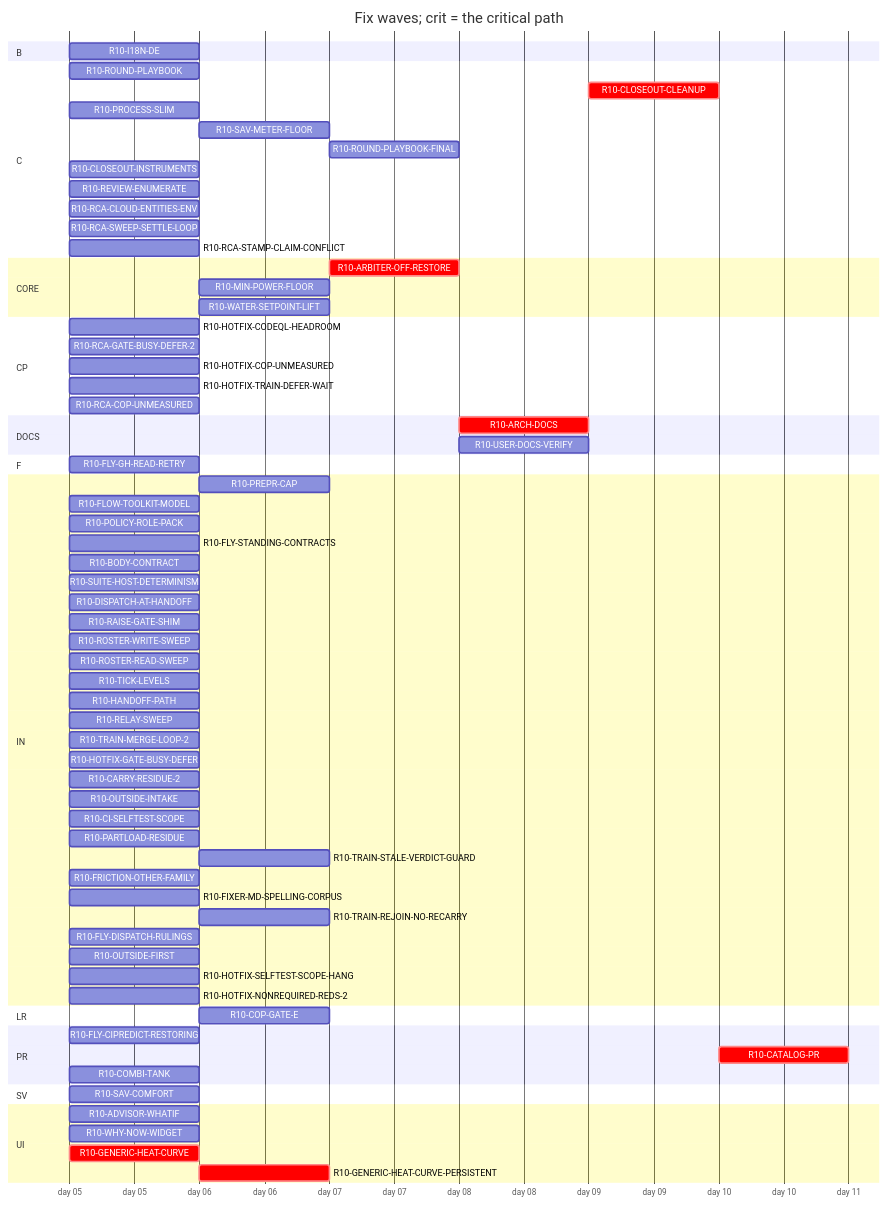
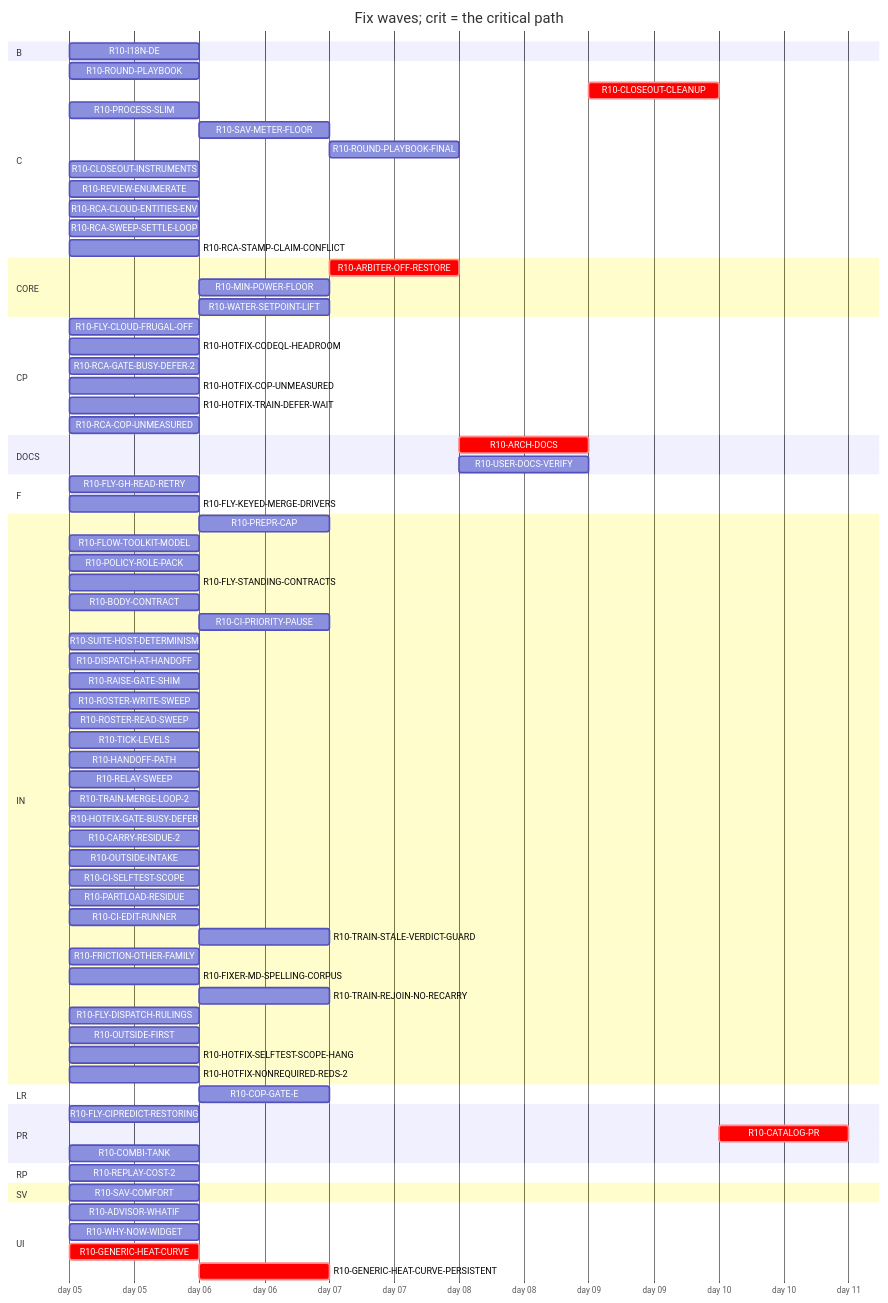
One commit to tvofi/heatpump_optimizer changed the diagram in handoff/round10/state/PLAN-TABLE.md. Above: the diagram before and after it, drawn with Mermaid. The commit also changed other lines of this file and 3 other files, not shown here.

Commit message:
state: FLOW-BOARD.md, NEXT-SESSION-PROMPT.md, PLAN-TABLE.md, RESUME-CURRENT.md regenerated (state_docs.py)

````diff
--- a/handoff/round10/state/PLAN-TABLE.md
+++ b/handoff/round10/state/PLAN-TABLE.md
@@ -24,75 +25,81 @@
 ```mermaid
 gantt
   title Fix waves; crit = the critical path
   dateFormat YYYY-MM-DD
   axisFormat day %d
   section B
     R10-I18N-DE :r10I18NDE, 2026-01-05, 1d
   section C
     R10-ROUND-PLAYBOOK :r10ROUNDPLAYBOOK, 2026-01-05, 1d
     R10-CLOSEOUT-CLEANUP :crit, r10CLOSEOUTCLEANUP, after r10ARCHDOCS r10USERDOCSVERIFY r10ROUNDPLAYBOOKFINAL r10CLOSEOUTINSTRUMENTS r10RCAGATEBUSYDEFER2 r10RCACOPUNMEASURED r10FRICTIONOTHERFAMILY, 1d
     R10-PROCESS-SLIM :r10PROCESSSLIM, 2026-01-05, 1d
     R10-SAV-METER-FLOOR :r10SAVMETERFLOOR, after r10SAVCOMFORT, 1d
     R10-ROUND-PLAYBOOK-FINAL :r10ROUNDPLAYBOOKFINAL, after r10PREPRCAP r10HANDOFFPATH r10RELAYSWEEP r10DISPATCHATHANDOFF r10BODYCONTRACT r10TICKLEVELS r10ROSTERWRITESWEEP r10ROSTERREADSWEEP r10FLYSTANDINGCONTRACTS r10POLICYROLEPACK r10FLOWTOOLKITMODEL r10FLYCIPREDICTRESTORING r10RAISEGATESHIM r10FLYGHREADRETRY r10SUITEHOSTDETERMINISM r10ROUNDPLAYBOOK r10PROCESSSLIM r10TRAINMERGELOOP2 r10HOTFIXGATEBUSYDEFER r10CARRYRESIDUE2 r10HOTFIXCODEQLHEADROOM r10OUTSIDEINTAKE r10HOTFIXTRAINDEFERWAIT r10CISELFTESTSCOPE r10TRAINSTALEVERDICTGUARD r10CLOSEOUTINSTRUMENTS r10FRICTIONOTHERFAMILY r10FIXERMDSPELLINGCORPUS, 1d
     R10-CLOSEOUT-INSTRUMENTS :r10CLOSEOUTINSTRUMENTS, 2026-01-05, 1d
     R10-REVIEW-ENUMERATE :r10REVIEWENUMERATE, 2026-01-05, 1d
     R10-RCA-CLOUD-ENTITIES-ENV :r10RCACLOUDENTITIESENV, 2026-01-05, 1d
     R10-RCA-SWEEP-SETTLE-LOOP :r10RCASWEEPSETTLELOOP, 2026-01-05, 1d
     R10-RCA-STAMP-CLAIM-CONFLICT :r10RCASTAMPCLAIMCONFLICT, 2026-01-05, 1d
   section CORE
     R10-ARBITER-OFF-RESTORE :crit, r10ARBITEROFFRESTORE, after r10GENERICHEATCURVE r10GENERICHEATCURVEPERSISTENT r10WATERSETPOINTLIFT, 1d
     R10-MIN-POWER-FLOOR :r10MINPOWERFLOOR, after r10HOTFIXCOPUNMEASURED r10GENERICHEATCURVE, 1d
     R10-WATER-SETPOINT-LIFT :r10WATERSETPOINTLIFT, after r10GENERICHEATCURVE, 1d
   section CP
+    R10-FLY-CLOUD-FRUGAL-OFF :r10FLYCLOUDFRUGALOFF, 2026-01-05, 1d
     R10-HOTFIX-CODEQL-HEADROOM :r10HOTFIXCODEQLHEADROOM, 2026-01-05, 1d
     R10-RCA-GATE-BUSY-DEFER-2 :r10RCAGATEBUSYDEFER2, 2026-01-05, 1d
     R10-HOTFIX-COP-UNMEASURED :r10HOTFIXCOPUNMEASURED, 2026-01-05, 1d
     R10-HOTFIX-TRAIN-DEFER-WAIT :r10HOTFIXTRAINDEFERWAIT, 2026-01-05, 1d
     R10-RCA-COP-UNMEASURED :r10RCACOPUNMEASURED, 2026-01-05, 1d
   section DOCS
     R10-ARCH-DOCS :crit, r10ARCHDOCS, after r10SAVCOMFORT r10WHYNOWWIDGET r10ADVISORWHATIF r10PREPRCAP r10HANDOFFPATH r10RELAYSWEEP r10DISPATCHATHANDOFF r10BODYCONTRACT r10TICKLEVELS r10ROSTERWRITESWEEP r10ROSTERREADSWEEP r10FLYSTANDINGCONTRACTS r10POLICYROLEPACK r10FLOWTOOLKITMODEL r10FLYCIPREDICTRESTORING r10RAISEGATESHIM r10FLYGHREADRETRY r10SUITEHOSTDETERMINISM r10PROCESSSLIM r10SAVMETERFLOOR r10HOTFIXCOPUNMEASURED r10COPGATEE r10PARTLOADRESIDUE r10I18NDE r10GENERICHEATCURVE r10GENERICHEATCURVEPERSISTENT r10ARBITEROFFRESTORE r10TRAINMERGELOOP2 r10HOTFIXGATEBUSYDEFER r10CARRYRESIDUE2 r10HOTFIXCODEQLHEADROOM r10OUTSIDEINTAKE r10HOTFIXTRAINDEFERWAIT r10CISELFTESTSCOPE r10TRAINSTALEVERDICTGUARD r10COMBITANK r10CLOSEOUTINSTRUMENTS r10MINPOWERFLOOR r10ROUNDPLAYBOOK r10RCAGATEBUSYDEFER2 r10FRICTIONOTHERFAMILY r10RCACOPUNMEASURED, 1d
     R10-USER-DOCS-VERIFY :r10USERDOCSVERIFY, after r10SAVCOMFORT r10WHYNOWWIDGET r10ADVISORWHATIF r10SAVMETERFLOOR r10HOTFIXCOPUNMEASURED r10COPGATEE r10PARTLOADRESIDUE r10I18NDE r10GENERICHEATCURVE r10GENERICHEATCURVEPERSISTENT r10ARBITEROFFRESTORE r10COMBITANK r10MINPOWERFLOOR, 1d
   section F
     R10-FLY-GH-READ-RETRY :r10FLYGHREADRETRY, 2026-01-05, 1d
+    R10-FLY-KEYED-MERGE-DRIVERS :r10FLYKEYEDMERGEDRIVERS, 2026-01-05, 1d
   section IN
     R10-PREPR-CAP :r10PREPRCAP, after r10PROCESSSLIM, 1d
     R10-FLOW-TOOLKIT-MODEL :r10FLOWTOOLKITMODEL, 2026-01-05, 1d
     R10-POLICY-ROLE-PACK :r10POLICYROLEPACK, 2026-01-05, 1d
     R10-FLY-STANDING-CONTRACTS :r10FLYSTANDINGCONTRACTS, 2026-01-05, 1d
     R10-BODY-CONTRACT :r10BODYCONTRACT, 2026-01-05, 1d
+    R10-CI-PRIORITY-PAUSE :r10CIPRIORITYPAUSE, after r10TICKLEVELS r10OUTSIDEFIRST, 1d
     R10-SUITE-HOST-DETERMINISM :r10SUITEHOSTDETERMINISM, 2026-01-05, 1d
     R10-DISPATCH-AT-HANDOFF :r10DISPATCHATHANDOFF, 2026-01-05, 1d
     R10-RAISE-GATE-SHIM :r10RAISEGATESHIM, 2026-01-05, 1d
     R10-ROSTER-WRITE-SWEEP :r10ROSTERWRITESWEEP, 2026-01-05, 1d
     R10-ROSTER-READ-SWEEP :r10ROSTERREADSWEEP, 2026-01-05, 1d
     R10-TICK-LEVELS :r10TICKLEVELS, 2026-01-05, 1d
     R10-HANDOFF-PATH :r10HANDOFFPATH, 2026-01-05, 1d
     R10-RELAY-SWEEP :r10RELAYSWEEP, 2026-01-05, 1d
     R10-TRAIN-MERGE-LOOP-2 :r10TRAINMERGELOOP2, 2026-01-05, 1d
     R10-HOTFIX-GATE-BUSY-DEFER :r10HOTFIXGATEBUSYDEFER, 2026-01-05, 1d
     R10-CARRY-RESIDUE-2 :r10CARRYRESIDUE2, 2026-01-05, 1d
     R10-OUTSIDE-INTAKE :r10OUTSIDEINTAKE, 2026-01-05, 1d
     R10-CI-SELFTEST-SCOPE :r10CISELFTESTSCOPE, 2026-01-05, 1d
     R10-PARTLOAD-RESIDUE :r10PARTLOADRESIDUE, 2026-01-05, 1d
+    R10-CI-EDIT-RUNNER :r10CIEDITRUNNER, 2026-01-05, 1d
     R10-TRAIN-STALE-VERDICT-GUARD :r10TRAINSTALEVERDICTGUARD, after r10TRAINMERGELOOP2, 1d
     R10-FRICTION-OTHER-FAMILY :r10FRICTIONOTHERFAMILY, 2026-01-05, 1d
     R10-FIXER-MD-SPELLING-CORPUS :r10FIXERMDSPELLINGCORPUS, 2026-01-05, 1d
     R10-TRAIN-REJOIN-NO-RECARRY :r10TRAINREJOINNORECARRY, after r10HOTFIXTRAINDEFERWAIT r10TRAINMERGELOOP2, 1d
     R10-FLY-DISPATCH-RULINGS :r10FLYDISPATCHRULINGS, 2026-01-05, 1d
     R10-OUTSIDE-FIRST :r10OUTSIDEFIRST, 2026-01-05, 1d
     R10-HOTFIX-SELFTEST-SCOPE-HANG :r10HOTFIXSELFTESTSCOPEHANG, 2026-01-05, 1d
     R10-HOTFIX-NONREQUIRED-REDS-2 :r10HOTFIXNONREQUIREDREDS2, 2026-01-05, 1d
   section LR
     R10-COP-GATE-E :r10COPGATEE, after r10HOTFIXCOPUNMEASURED, 1d
   section PR
     R10-FLY-CIPREDICT-RESTORING :r10FLYCIPREDICTRESTORING, 2026-01-05, 1d
     R10-CATALOG-PR :crit, r10CATALOGPR, after r10USERDOCSVERIFY r10ARCHDOCS r10ROUNDPLAYBOOKFINAL r10CLOSEOUTCLEANUP, 1d
     R10-COMBI-TANK :r10COMBITANK, 2026-01-05, 1d
+  section RP
+    R10-REPLAY-COST-2 :r10REPLAYCOST2, 2026-01-05, 1d
   section SV
     R10-SAV-COMFORT :r10SAVCOMFORT, 2026-01-05, 1d
   section UI
     R10-ADVISOR-WHATIF :r10ADVISORWHATIF, 2026-01-05, 1d
     R10-WHY-NOW-WIDGET :r10WHYNOWWIDGET, 2026-01-05, 1d
     R10-GENERIC-HEAT-CURVE :crit, r10GENERICHEATCURVE, 2026-01-05, 1d
     R10-GENERIC-HEAT-CURVE-PERSISTENT :crit, r10GENERICHEATCURVEPERSISTENT, after r10GENERICHEATCURVE, 1d
 ```
````
